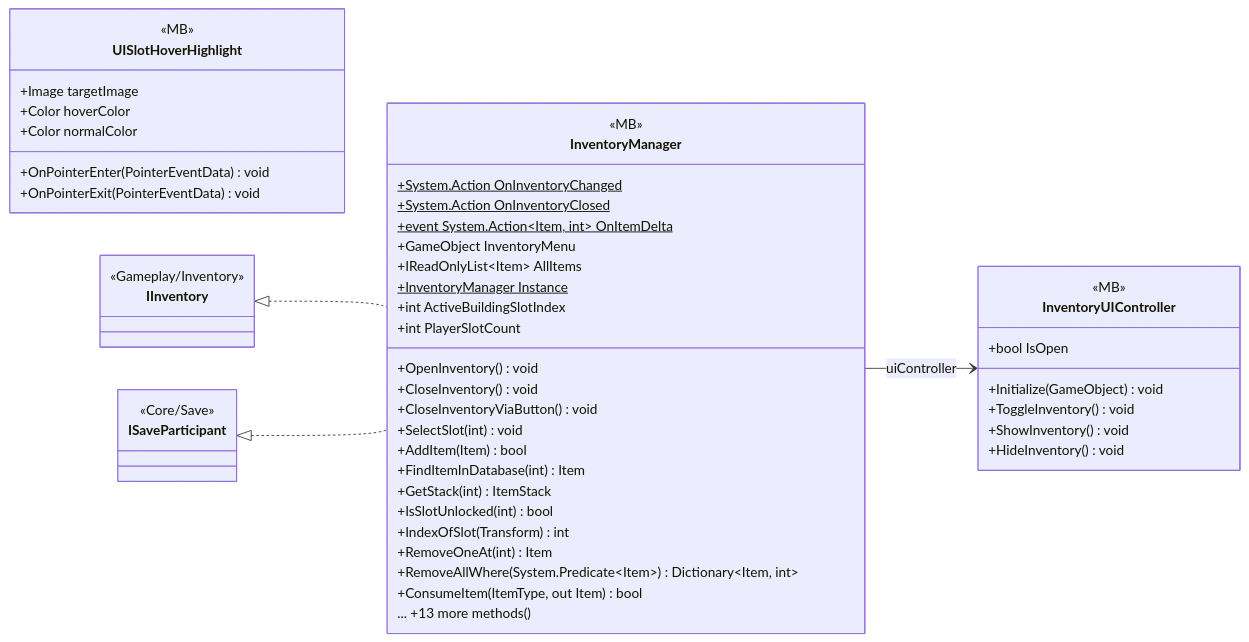
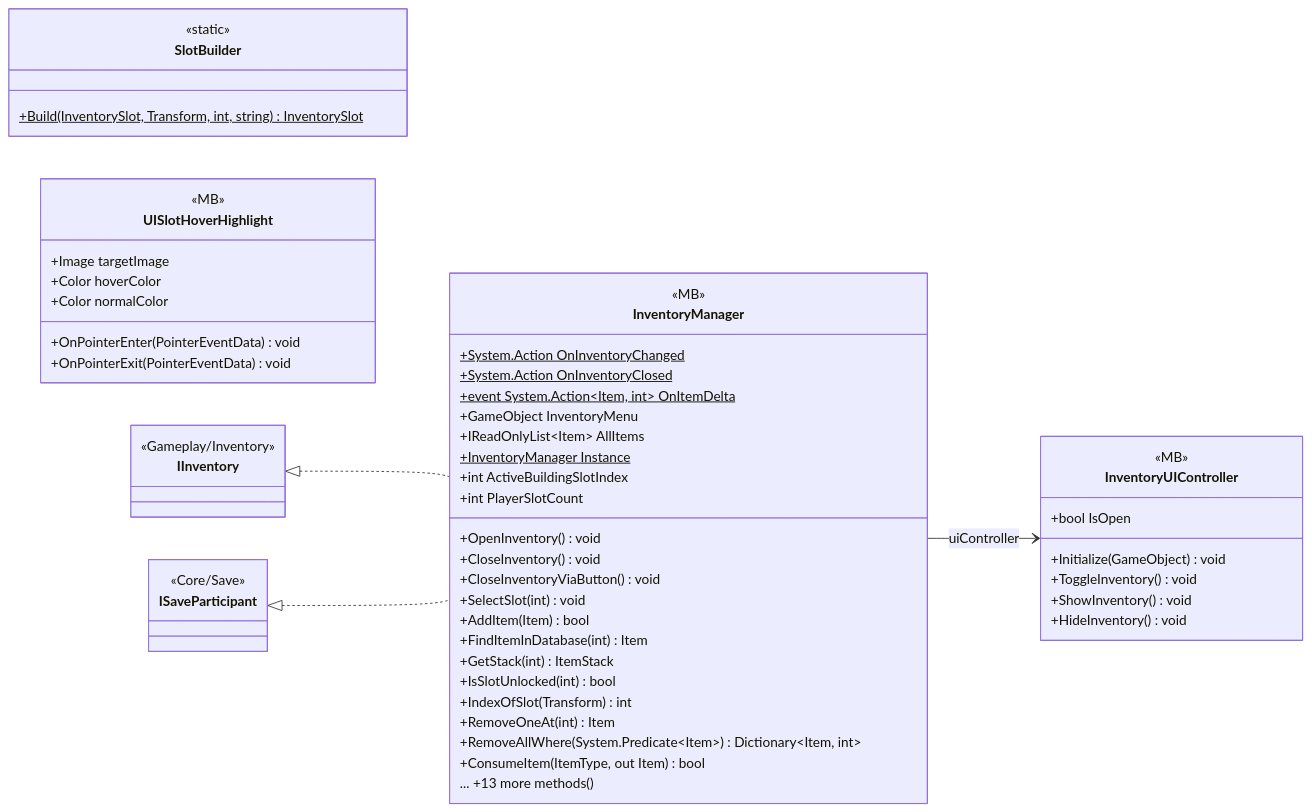
Before and after one commit to PhumipatWave/project-ocean: the diagram in docs/uml/modules/UI_Inventory.md, drawn with Mermaid. The commit also changed other lines of this file and 77 other files, not shown here.

````diff
--- a/docs/uml/modules/UI_Inventory.md
+++ b/docs/uml/modules/UI_Inventory.md
@@ -7,53 +7,57 @@
 ```mermaid
 classDiagram
   direction LR
   class InventoryManager {
     <<MB>>
     +System.Action OnInventoryChanged$
     +System.Action OnInventoryClosed$
     +event System.Action~Item, int~ OnItemDelta$
     +GameObject InventoryMenu
     +IReadOnlyList~Item~ AllItems
     +InventoryManager Instance$
     +int ActiveBuildingSlotIndex
     +int PlayerSlotCount
     +OpenInventory() void
     +CloseInventory() void
     +CloseInventoryViaButton() void
     +SelectSlot(int) void
     +AddItem(Item) bool
     +FindItemInDatabase(int) Item
     +GetStack(int) ItemStack
     +IsSlotUnlocked(int) bool
     +IndexOfSlot(Transform) int
     +RemoveOneAt(int) Item
     +RemoveAllWhere(System.Predicate~Item~) Dictionary~Item, int~
     +ConsumeItem(ItemType, out Item) bool
     ... +13 more methods()
   }
   class InventoryUIController {
     <<MB>>
     +bool IsOpen
     +Initialize(GameObject) void
     +ToggleInventory() void
     +ShowInventory() void
     +HideInventory() void
   }
+  class SlotBuilder {
+    <<static>>
+    +Build(InventorySlot, Transform, int, string)$ InventorySlot
+  }
   class UISlotHoverHighlight {
     <<MB>>
     +Image targetImage
     +Color hoverColor
     +Color normalColor
     +OnPointerEnter(PointerEventData) void
     +OnPointerExit(PointerEventData) void
   }
   class IInventory {
     <<Gameplay/Inventory>>
   }
   class ISaveParticipant {
     <<Core/Save>>
   }
   IInventory <|.. InventoryManager
   ISaveParticipant <|.. InventoryManager
   InventoryManager --> InventoryUIController : uiController
 ```
````
